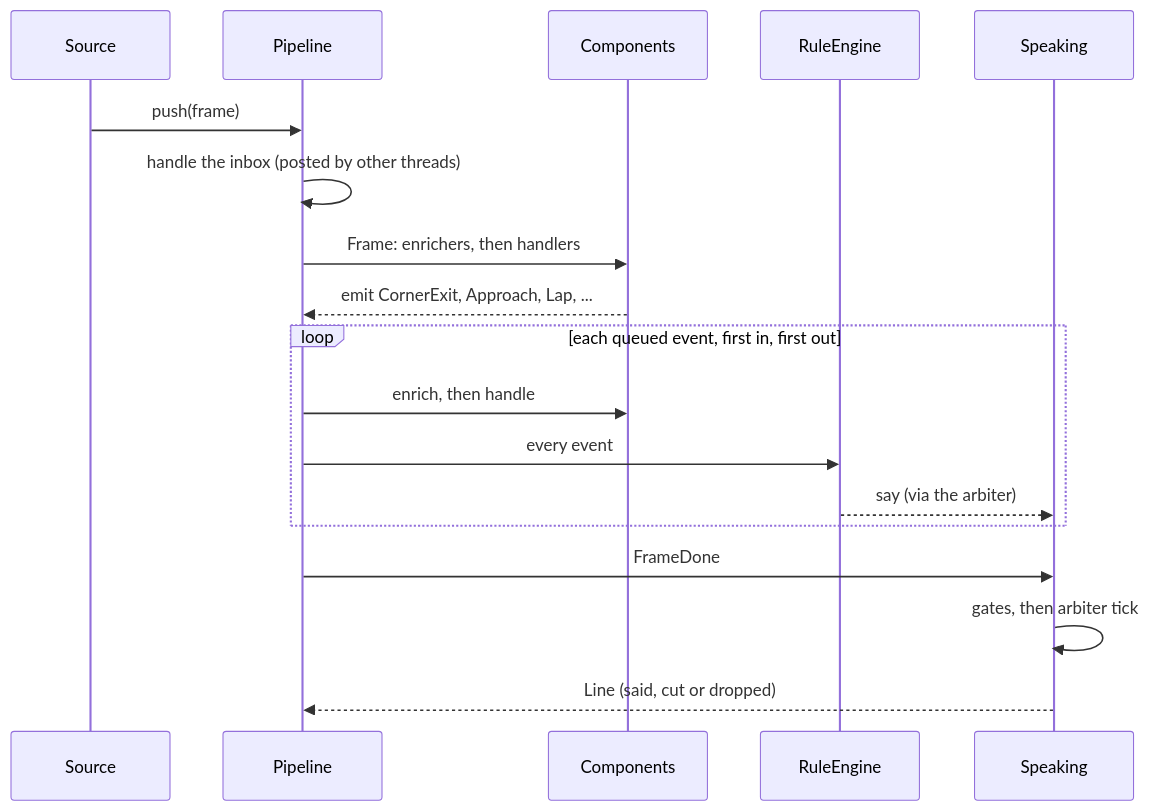
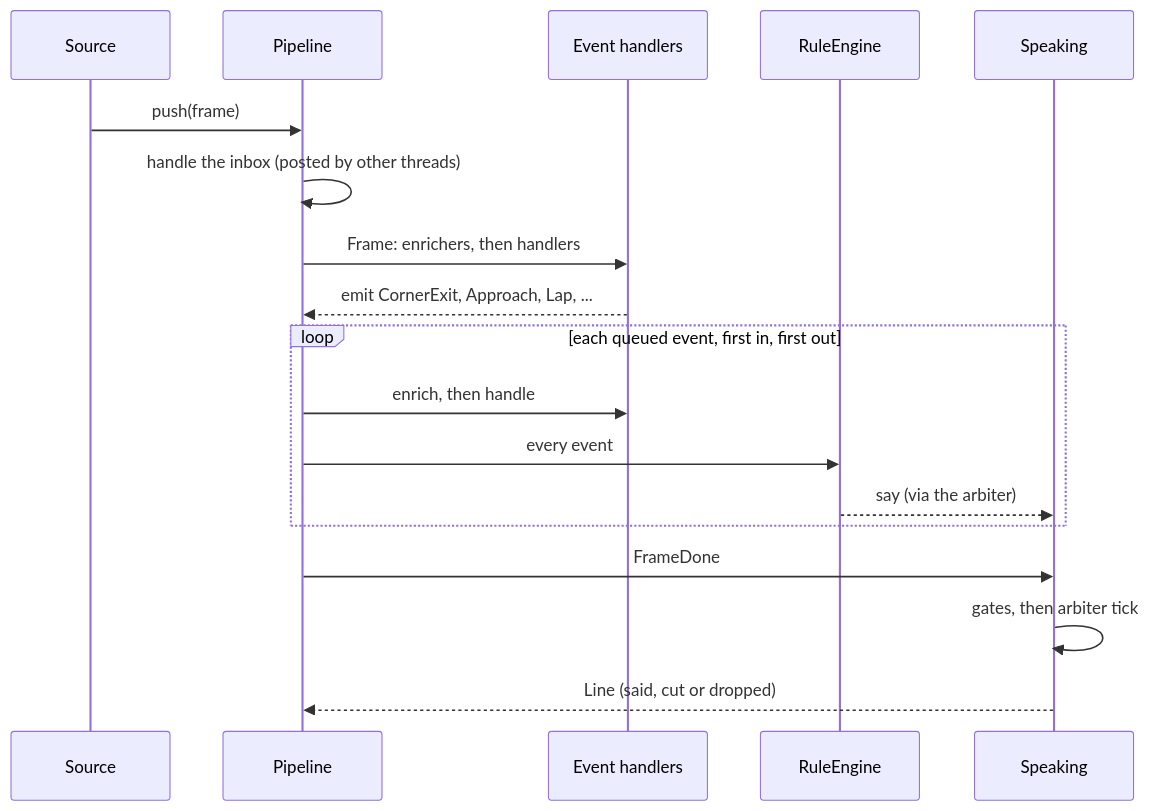
The second of 3 diagrams in ARCHITECTURE.md (VedantVarshney14/iracing-agent), drawn with Mermaid before and after one commit. The commit also changed other lines of this file and 59 other files, not shown here.

````diff
--- a/ARCHITECTURE.md
+++ b/ARCHITECTURE.md
@@ -173,20 +330,20 @@
 ```mermaid
 sequenceDiagram
     participant Src as Source
     participant P as Pipeline
-    participant C as Components
+    participant C as Event handlers
     participant R as RuleEngine
     participant S as Speaking
     Src->>P: push(frame)
     P->>P: handle the inbox (posted by other threads)
     P->>C: Frame: enrichers, then handlers
     C-->>P: emit CornerExit, Approach, Lap, ...
     loop each queued event, first in, first out
         P->>C: enrich, then handle
         P->>R: every event
         R-->>S: say (via the arbiter)
     end
     P->>S: FrameDone
     S->>S: gates, then arbiter tick
     S-->>P: Line (said, cut or dropped)
 ```
````
